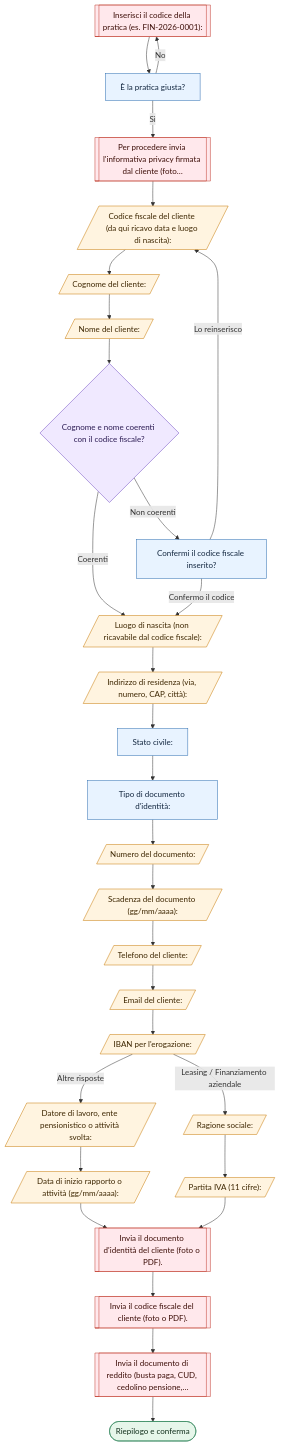
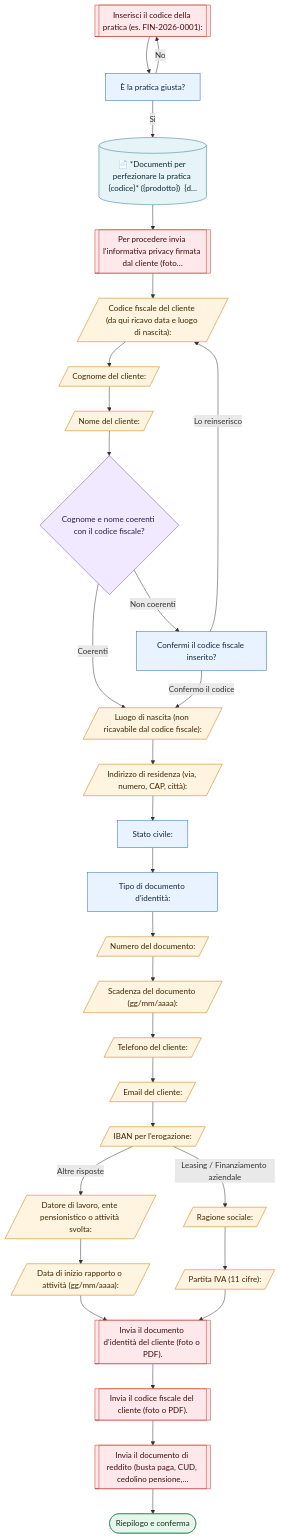
One commit to Meo-ICAR/twillio changed the diagram in docs/finanziamento-perfezionamento.mmd. Above: the diagram before and after it, drawn with Mermaid. The commit also changed 31 other files, not shown here.

Commit message:
feat: modalità prova per i percorsi (copia di prova, voci di menu per i numeri associati a un utente, pubblicazione) e riepilogo dei documenti all'inizio del perfezionamento

```diff
--- a/docs/finanziamento-perfezionamento.mmd
+++ b/docs/finanziamento-perfezionamento.mmd
@@ -1,66 +1,70 @@
 flowchart TD
     codice[["Inserisci il codice della pratica (es. FIN-2026-0001):"]]
     conferma_pratica["È la pratica giusta?"]
+    riepilogo_documenti[("📄 *Documenti per perfezionare la pratica {codice}* ({prodotto})  {d…")]
     informativa[["Per procedere invia l#39;informativa privacy firmata dal cliente (foto…"]]
     codice_fiscale[/"Codice fiscale del cliente (da qui ricavo data e luogo di nascita):"/]
     cognome[/"Cognome del cliente:"/]
     nome[/"Nome del cliente:"/]
     verifica_cf{"Cognome e nome coerenti con il codice fiscale?"}
     conferma_cf["Confermi il codice fiscale inserito?"]
     luogo_nascita[/"Luogo di nascita (non ricavabile dal codice fiscale):"/]
     residenza[/"Indirizzo di residenza (via, numero, CAP, città):"/]
     stato_civile["Stato civile:"]
     documento_tipo["Tipo di documento d#39;identità:"]
     documento_numero[/"Numero del documento:"/]
     documento_scadenza[/"Scadenza del documento (gg/mm/aaaa):"/]
     telefono[/"Telefono del cliente:"/]
     email[/"Email del cliente:"/]
     iban[/"IBAN per l#39;erogazione:"/]
     datore_lavoro[/"Datore di lavoro, ente pensionistico o attività svolta:"/]
     data_assunzione[/"Data di inizio rapporto o attività (gg/mm/aaaa):"/]
     ragione_sociale[/"Ragione sociale:"/]
     partita_iva[/"Partita IVA (11 cifre):"/]
     doc_identita[["Invia il documento d#39;identità del cliente (foto o PDF)."]]
     doc_cf[["Invia il codice fiscale del cliente (foto o PDF)."]]
     doc_reddito[["Invia il documento di reddito (busta paga, CUD, cedolino pensione,…"]]
     riepilogo_p(["Riepilogo e conferma"])
     codice --> conferma_pratica
     conferma_pratica -->|"No"| codice
-    conferma_pratica -->|"Sì"| informativa
+    conferma_pratica -->|"Sì"| riepilogo_documenti
+    riepilogo_documenti --> informativa
     informativa --> codice_fiscale
     codice_fiscale --> cognome
     cognome --> nome
     nome --> verifica_cf
     verifica_cf -->|"Coerenti"| luogo_nascita
     verifica_cf -->|"Non coerenti"| conferma_cf
     conferma_cf -->|"Lo reinserisco"| codice_fiscale
     conferma_cf -->|"Confermo il codice"| luogo_nascita
     luogo_nascita --> residenza
     residenza --> stato_civile
     stato_civile --> documento_tipo
     documento_tipo --> documento_numero
     documento_numero --> documento_scadenza
     documento_scadenza --> telefono
     telefono --> email
     email --> iban
     iban -->|"Altre risposte"| datore_lavoro
     iban -->|"Leasing / Finanziamento aziendale"| ragione_sociale
     datore_lavoro --> data_assunzione
     data_assunzione --> doc_identita
     ragione_sociale --> partita_iva
     partita_iva --> doc_identita
     doc_identita --> doc_cf
     doc_cf --> doc_reddito
     doc_reddito --> riepilogo_p
     classDef choice fill:#e8f3ff,stroke:#2b6cb0,color:#12263f
     classDef text fill:#fff4e0,stroke:#c77700,color:#3d2600
     classDef file fill:#ffe8ec,stroke:#c0392b,color:#3d0e08
     classDef code fill:#ffe8ec,stroke:#c0392b,color:#3d0e08
     classDef summary fill:#e6f6ea,stroke:#2f855a,color:#0f2d1a
     classDef check fill:#f0e9ff,stroke:#6b46c1,color:#2a1a52
+    classDef message fill:#e6f3f7,stroke:#2c7a8c,color:#0c2a33
     class codice code
     class conferma_pratica,conferma_cf,stato_civile,documento_tipo choice
+    class riepilogo_documenti message
     class informativa,doc_identita,doc_cf,doc_reddito file
     class codice_fiscale,cognome,nome,luogo_nascita,residenza,documento_numero,documento_scadenza,telefono,email,iban,datore_lavoro,data_assunzione,ragione_sociale,partita_iva text
     class verifica_cf check
     class riepilogo_p summary
```
